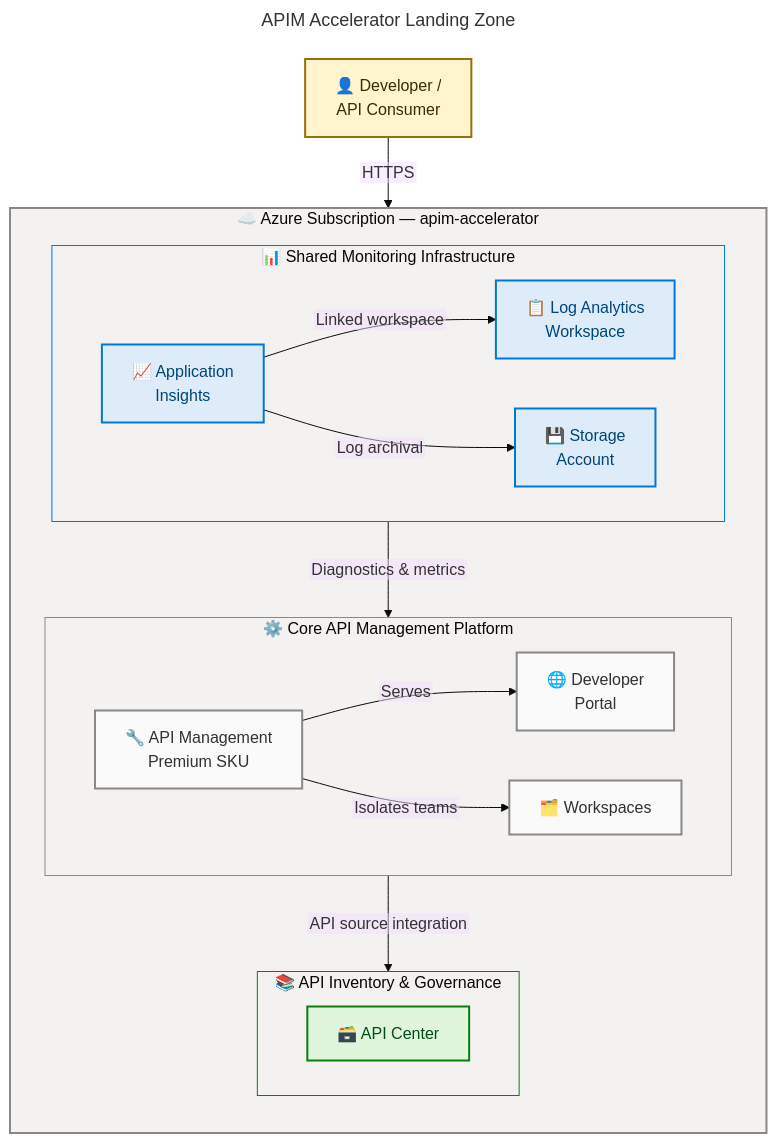
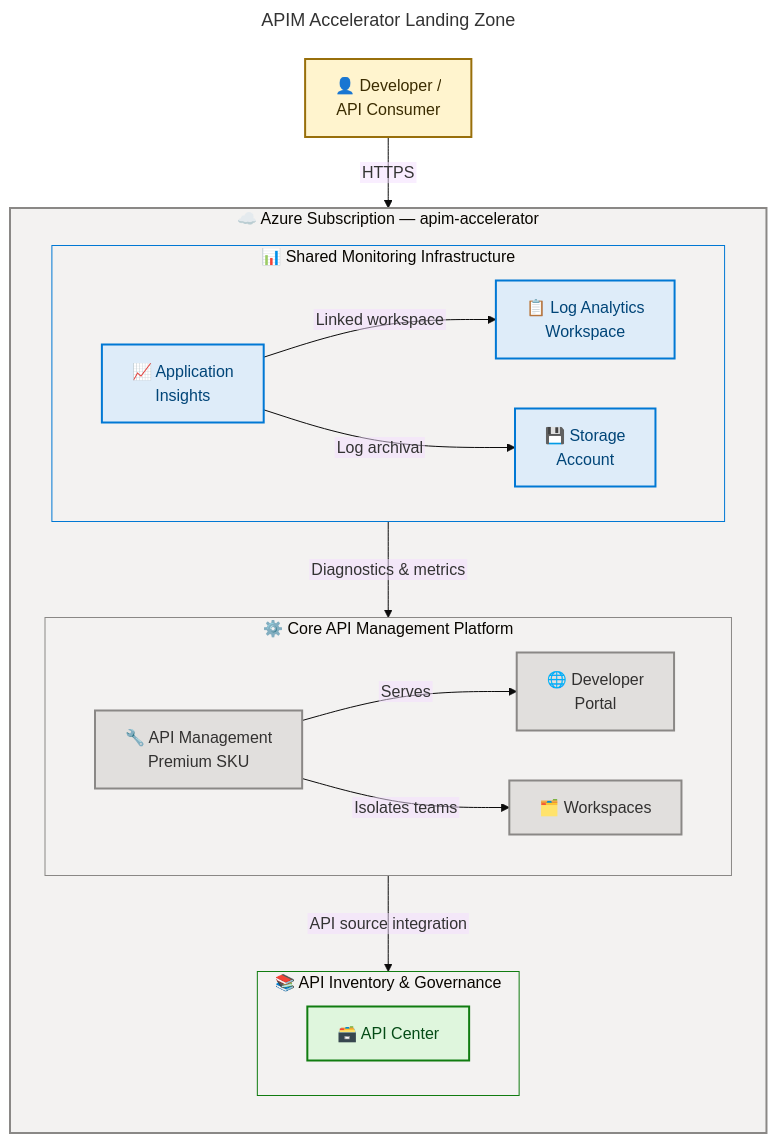
The diagram in README.md (Evilazaro/APIM-Accelerator), drawn with Mermaid before and after one commit.

Commit message:
Refine architecture diagram descriptions and class definitions for improved clarity and consistency in README.md

````diff
--- a/README.md
+++ b/README.md
@@ -59,70 +59,72 @@
 ```mermaid
 ---
 title: APIM Accelerator Landing Zone
 config:
   theme: base
   themeVariables:
     fontSize: '16px'
   flowchart:
     htmlLabels: false
 ---
 flowchart TB
-    accTitle: APIM Accelerator Architecture Diagram
-    accDescr: Azure API Management landing zone with shared monitoring, core APIM platform with developer portal and workspaces, and API Center for centralized API governance
+    accTitle: APIM Accelerator Landing Zone
+    accDescr: Azure API Management landing zone with shared monitoring infrastructure, core APIM platform including developer portal and workspaces, and API Center for centralized API governance
 
     %% ═══════════════════════════════════════════════════════════════════════════
     %% AZURE / FLUENT ARCHITECTURE PATTERN v1.1
     %% (Semantic + Structural + Font + Accessibility Governance)
     %% ═══════════════════════════════════════════════════════════════════════════
-    %% Structural: #F3F2F1 neutral containers (Neutral Gray 10) for subgraphs
-    %% Semantic: Info/Blue (monitoring), Neutral/Gray (core), Success/Green (inventory)
-    %% Warning/Yellow (external developer), Neutral white (inner nodes)
-    %% Font governance: Dark text for WCAG AA contrast compliance
-    %% Direction: TB for layered deployment sequence (top to bottom)
-    %% Max semantic colors: 4 within 5-color limit
+    %% PHASE 1 - STRUCTURAL: TB direction explicit, 2-level nesting, 3 functional subgraphs
+    %% PHASE 2 - SEMANTIC: 4 colors (external/warning, monitoring/info, core/neutral, inventory/success) ≤ 5
+    %%   external: Developer consumer | monitoring: Observability stack | core: APIM platform | inventory: API governance
+    %% PHASE 3 - FONT: Dark text on 100-level fills, contrast ≥ 4.5:1 (WCAG AA)
+    %% PHASE 4 - ACCESSIBILITY: accTitle/accDescr present, semantic icons on all content nodes
+    %% PHASE 5 - STANDARD: v1.1 format, classDefs centralized below subgraphs, 4 style directives
     %% ═══════════════════════════════════════════════════════════════════════════
-
-    classDef external   fill:#FFF4CE,stroke:#986F0B,stroke-width:2px,color:#3B2C00
-    classDef monitoring fill:#DEECF9,stroke:#0078D4,stroke-width:2px,color:#004578
-    classDef core       fill:#FAFAFA,stroke:#8A8886,stroke-width:2px,color:#323130
-    classDef inventory  fill:#DFF6DD,stroke:#107C10,stroke-width:2px,color:#054B16
 
     Dev["👤 Developer /\nAPI Consumer"]:::external
 
     subgraph azure["☁️ Azure Subscription — apim-accelerator"]
         direction TB
 
         subgraph shared["📊 Shared Monitoring Infrastructure"]
             direction LR
             LAW["📋 Log Analytics\nWorkspace"]:::monitoring
             AI["📈 Application\nInsights"]:::monitoring
             SA["💾 Storage\nAccount"]:::monitoring
             AI -->|"Linked workspace"| LAW
             AI -->|"Log archival"| SA
         end
 
         subgraph apimcore["⚙️ Core API Management Platform"]
             direction LR
             APIM["🔧 API Management\nPremium SKU"]:::core
             Portal["🌐 Developer\nPortal"]:::core
             WS["🗂️ Workspaces"]:::core
             APIM -->|"Serves"| Portal
             APIM -->|"Isolates teams"| WS
         end
 
         subgraph inv["📚 API Inventory & Governance"]
             direction LR
             APC["🗃️ API Center"]:::inventory
         end
 
         shared      -->|"Diagnostics & metrics"| apimcore
         apimcore    -->|"API source integration"| inv
     end
 
     Dev -->|"HTTPS"| APIM
 
-    style azure     fill:#F3F2F1,stroke:#8A8886,stroke-width:2px
-    style shared    fill:#F3F2F1,stroke:#0078D4,stroke-width:1px
-    style apimcore  fill:#F3F2F1,stroke:#8A8886,stroke-width:1px
-    style inv       fill:#F3F2F1,stroke:#107C10,stroke-width:1px
+    %% Centralized classDefs
+    classDef external   fill:#FFF4CE,stroke:#986F0B,stroke-width:2px,color:#3B2C00
+    classDef monitoring fill:#DEECF9,stroke:#0078D4,stroke-width:2px,color:#004578
+    classDef core       fill:#E1DFDD,stroke:#8A8886,stroke-width:2px,color:#323130
+    classDef inventory  fill:#DFF6DD,stroke:#107C10,stroke-width:2px,color:#054B16
+
+    %% Subgraph style directives (4 subgraphs = 4 style directives)
+    style azure     fill:#F3F2F1,stroke:#8A8886,stroke-width:2px,color:#323130
+    style shared    fill:#F3F2F1,stroke:#0078D4,stroke-width:1px,color:#323130
+    style apimcore  fill:#F3F2F1,stroke:#8A8886,stroke-width:1px,color:#323130
+    style inv       fill:#F3F2F1,stroke:#107C10,stroke-width:1px,color:#323130
 ```
````
